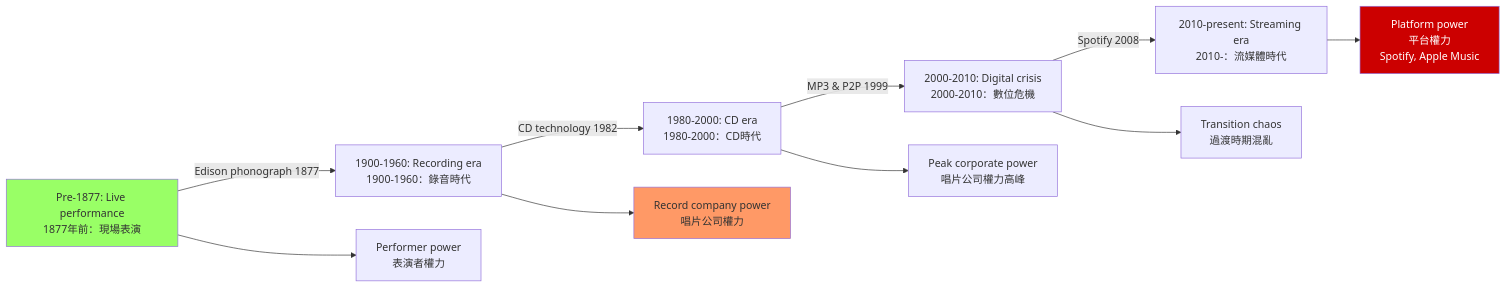
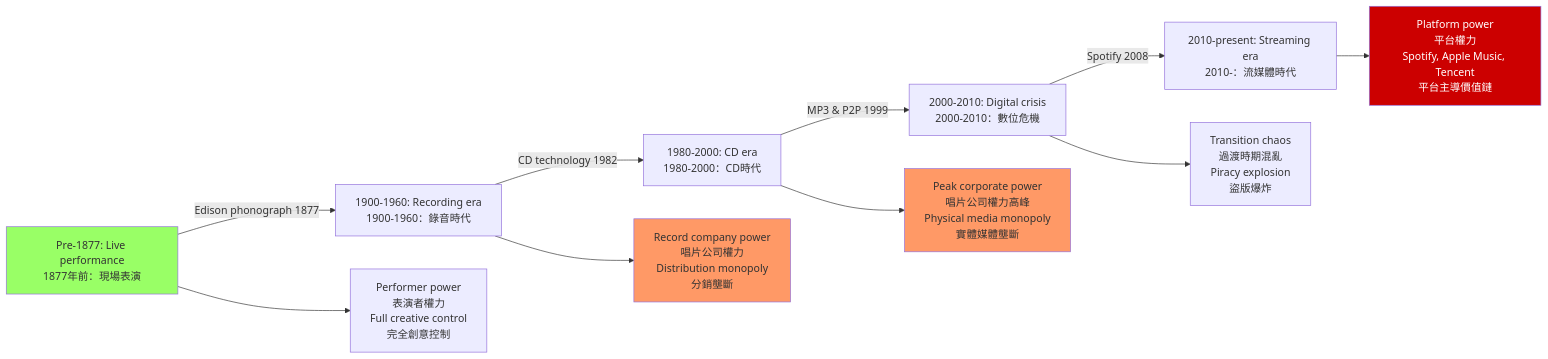
The first of 5 diagrams in 01_HKU_Courses/HIST4039_Technology_Creativity_Music.md (yip-lgtm/HKU-Harvard-History-Self-Study), drawn with Mermaid before and after one commit. The commit also changed other lines of this file and 22 other files, not shown here.

````diff
--- a/01_HKU_Courses/HIST4039_Technology_Creativity_Music.md
+++ b/01_HKU_Courses/HIST4039_Technology_Creativity_Music.md
@@ -97,17 +158,18 @@
 ```mermaid
 graph LR
     A[Pre-1877: Live performance<br/>1877年前：現場表演] -->|Edison phonograph 1877| B[1900-1960: Recording era<br/>1900-1960：錄音時代]
     B -->|CD technology 1982| C[1980-2000: CD era<br/>1980-2000：CD時代]
     C -->|MP3 & P2P 1999| D[2000-2010: Digital crisis<br/>2000-2010：數位危機]
     D -->|Spotify 2008| E[2010-present: Streaming era<br/>2010-：流媒體時代]
     
-    A --> A1[Performer power<br/>表演者權力]
-    B --> B1[Record company power<br/>唱片公司權力]
-    C --> C1[Peak corporate power<br/>唱片公司權力高峰]
-    D --> D1[Transition chaos<br/>過渡時期混亂]
-    E --> E1[Platform power<br/>平台權力<br/>Spotify, Apple Music]
+    A --> A1[Performer power<br/>表演者權力<br/>Full creative control<br/>完全創意控制]
+    B --> B1[Record company power<br/>唱片公司權力<br/>Distribution monopoly<br/>分銷壟斷]
+    C --> C1[Peak corporate power<br/>唱片公司權力高峰<br/>Physical media monopoly<br/>實體媒體壟斷]
+    D --> D1[Transition chaos<br/>過渡時期混亂<br/>Piracy explosion<br/>盜版爆炸]
+    E --> E1[Platform power<br/>平台權力<br/>Spotify, Apple Music, Tencent<br/>平台主導價值鏈]
     
     style A fill:#9f6
     style B1 fill:#f96
+    style C1 fill:#f96
     style E1 fill:#c00,color:#fff
 ```
````
